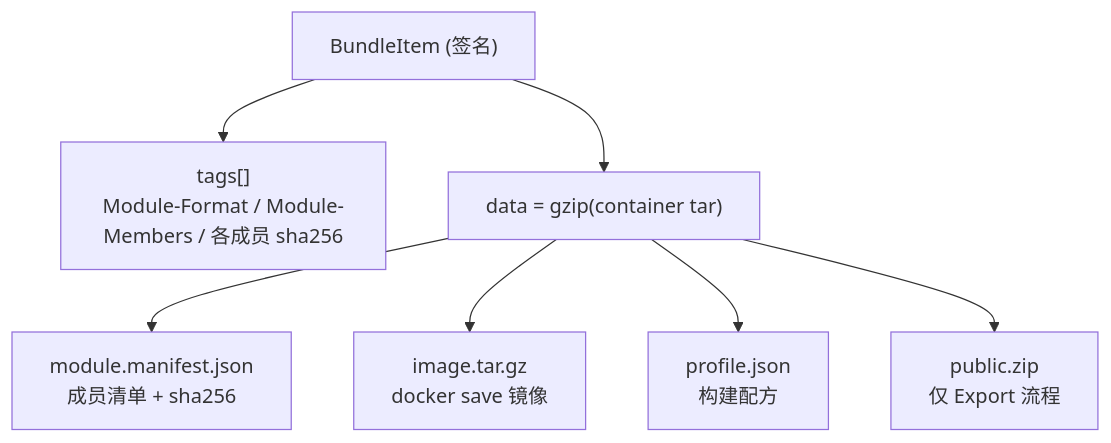
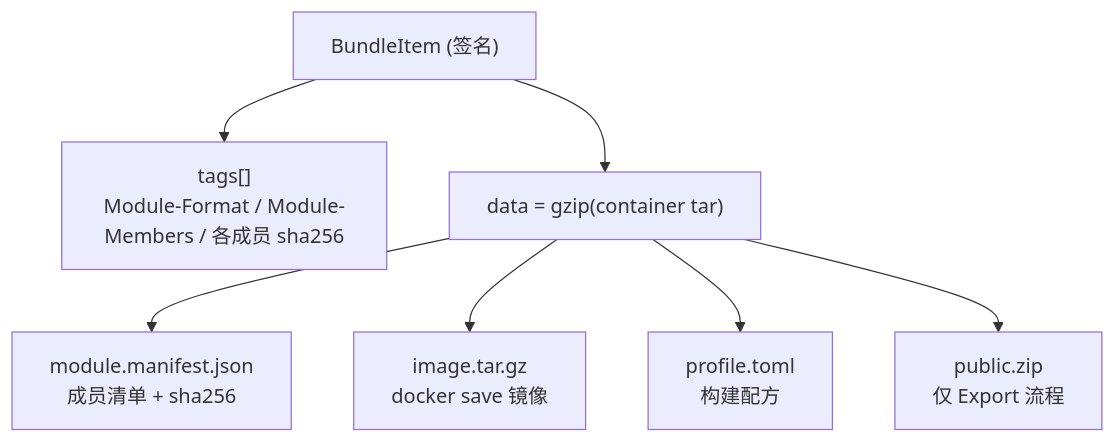
The first of 5 diagrams in docs/superpowers/specs/2026-06-16-vmdocker-capability-export-import-design.md (cryptowizard0/vmdocker_agent), drawn with Mermaid before and after one commit. The commit also changed other lines of this file, not shown here.

First line of the commit message:
Refine profile spec: TOML format, bin dir, public dirs-only

````diff
--- a/docs/superpowers/specs/2026-06-16-vmdocker-capability-export-import-design.md
+++ b/docs/superpowers/specs/2026-06-16-vmdocker-capability-export-import-design.md
@@ -155,17 +157,17 @@
 ```mermaid
 flowchart TB
     BI["BundleItem (签名)"]
     Tags["tags[]<br/>Module-Format / Module-Members / 各成员 sha256"]
     Data["data = gzip(container tar)"]
     M1["image.tar.gz<br/>docker save 镜像"]
-    M2["profile.json<br/>构建配方"]
+    M2["profile.toml<br/>构建配方"]
     M3["public.zip<br/>仅 Export 流程"]
     Mani["module.manifest.json<br/>成员清单 + sha256"]
 
     BI --> Tags
     BI --> Data
     Data --> Mani
     Data --> M1
     Data --> M2
     Data --> M3
 ```
````
